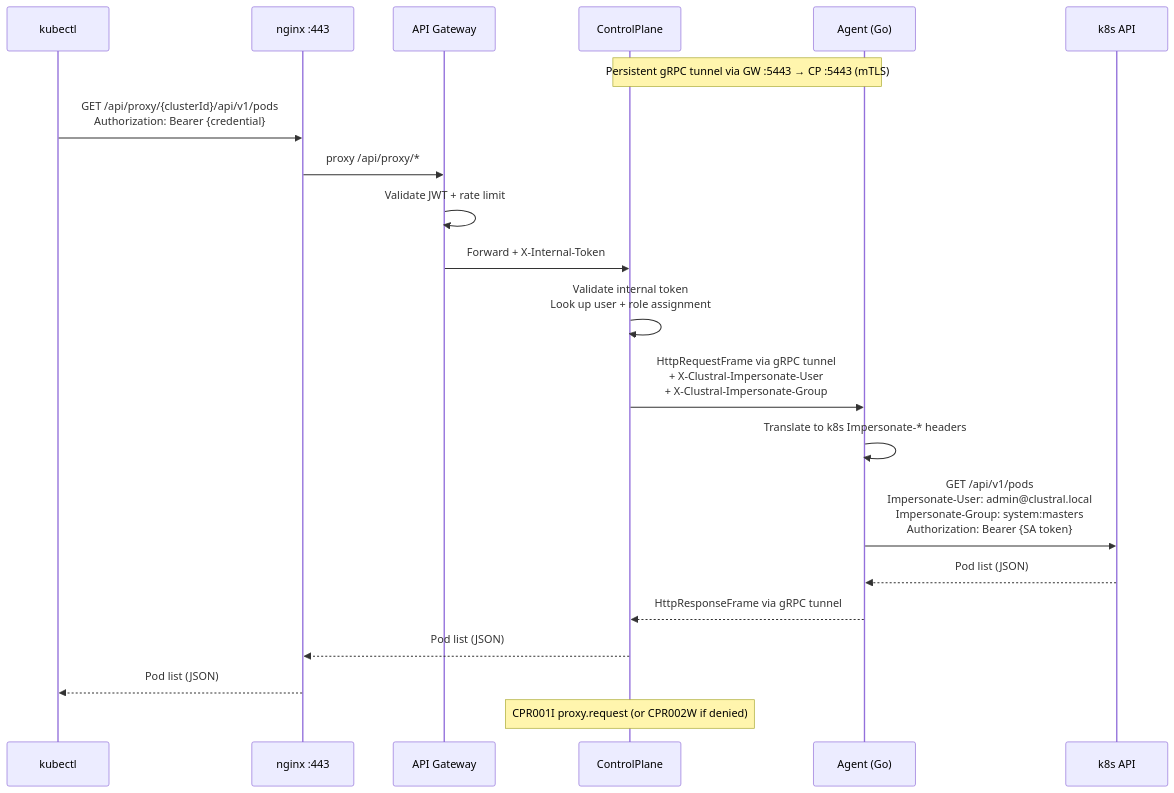
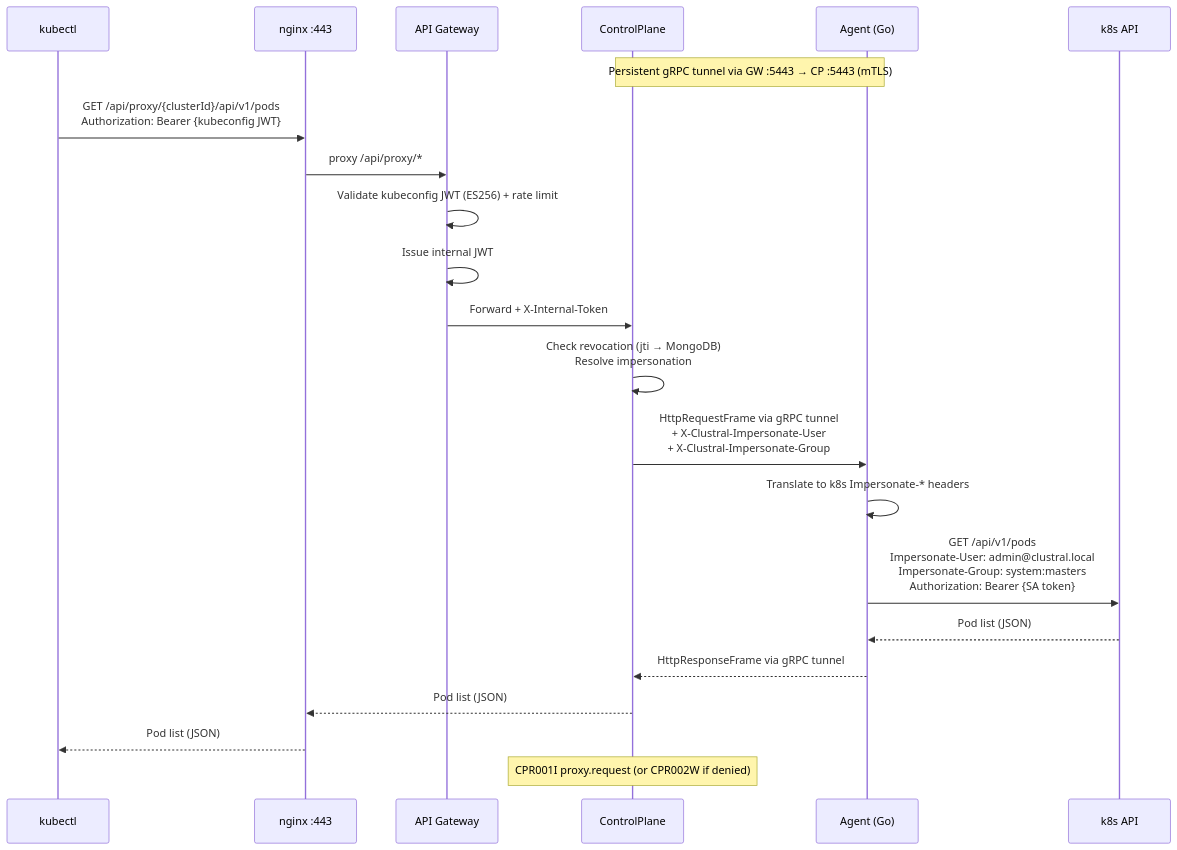
The third of 19 diagrams in README.md (Clustral/clustral), drawn with Mermaid before and after one commit. The commit also changed other lines of this file and 4 other files, not shown here.

First line of the commit message:
feat: kubeconfig JWT tests + documentation updates

````diff
--- a/README.md
+++ b/README.md
@@ -112,25 +112,26 @@
 ```mermaid
 sequenceDiagram
     participant kubectl
     participant NGX as nginx :443
     participant GW as API Gateway
     participant CP as ControlPlane
     participant Agent as Agent (Go)
     participant K8S as k8s API
 
     Note over Agent,CP: Persistent gRPC tunnel via GW :5443 → CP :5443 (mTLS)
 
-    kubectl->>NGX: GET /api/proxy/{clusterId}/api/v1/pods<br/>Authorization: Bearer {credential}
+    kubectl->>NGX: GET /api/proxy/{clusterId}/api/v1/pods<br/>Authorization: Bearer {kubeconfig JWT}
     NGX->>GW: proxy /api/proxy/*
-    GW->>GW: Validate JWT + rate limit
+    GW->>GW: Validate kubeconfig JWT (ES256) + rate limit
+    GW->>GW: Issue internal JWT
     GW->>CP: Forward + X-Internal-Token
-    CP->>CP: Validate internal token<br/>Look up user + role assignment
+    CP->>CP: Check revocation (jti → MongoDB)<br/>Resolve impersonation
     CP->>Agent: HttpRequestFrame via gRPC tunnel<br/>+ X-Clustral-Impersonate-User<br/>+ X-Clustral-Impersonate-Group
     Agent->>Agent: Translate to k8s Impersonate-* headers
     Agent->>K8S: GET /api/v1/pods<br/>Impersonate-User: admin@clustral.local<br/>Impersonate-Group: system:masters<br/>Authorization: Bearer {SA token}
     K8S-->>Agent: Pod list (JSON)
     Agent-->>CP: HttpResponseFrame via gRPC tunnel
     CP-->>NGX: Pod list (JSON)
     NGX-->>kubectl: Pod list (JSON)
     Note over CP: CPR001I proxy.request (or CPR002W if denied)
 ```
````
